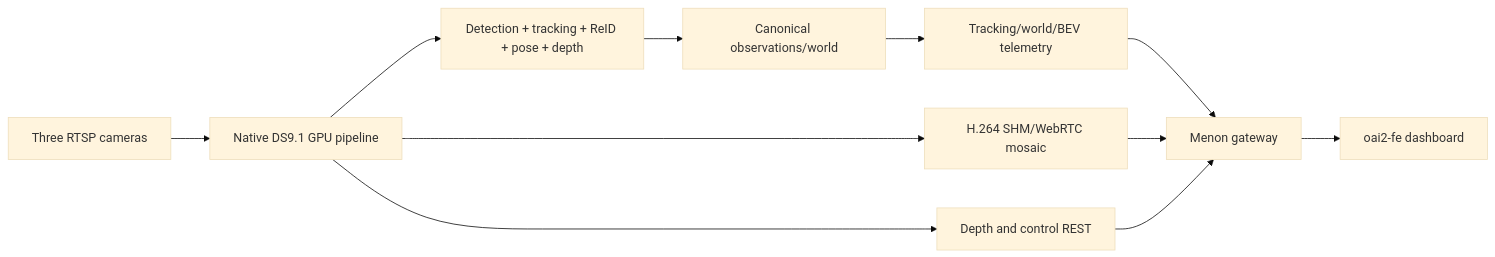
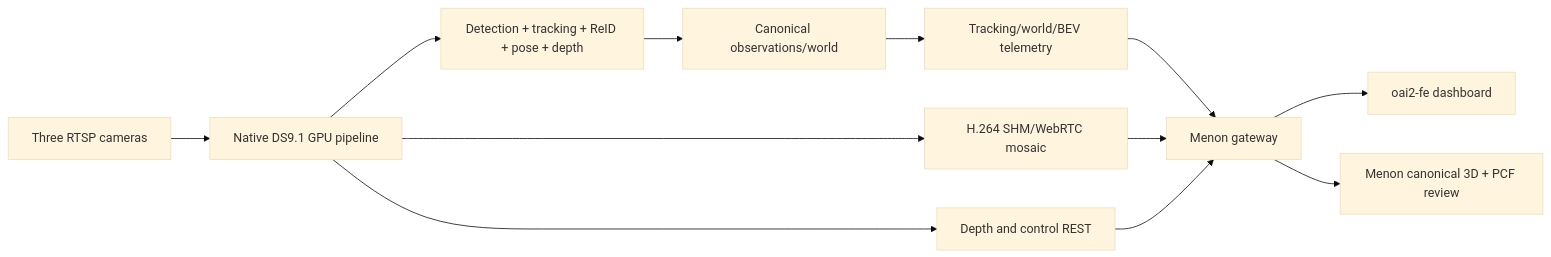
One commit to dmanfx/noesis changed the diagram in docs/flow_diagram_high_level.md. Above: the diagram before and after it, drawn with Mermaid (base theme). The commit also changed other lines of this file and 30 other files, not shown here.

Commit message:
docs: consolidate measured world, BEV, PCF and Menon integration guidance

````diff
--- a/docs/flow_diagram_high_level.md
+++ b/docs/flow_diagram_high_level.md
@@ -3,13 +3,14 @@
 ```mermaid
 flowchart LR
     A[Three RTSP cameras] --> B[Native DS9.1 GPU pipeline]
     B --> C[Detection + tracking + ReID + pose + depth]
     C --> D[Canonical observations/world]
     D --> E[Tracking/world/BEV telemetry]
     B --> F[H.264 SHM/WebRTC mosaic]
     B --> G[Depth and control REST]
     E --> H[Menon gateway]
     F --> H
     G --> H
     H --> I[oai2-fe dashboard]
+    H --> J[Menon canonical 3D + PCF review]
 ```
````
